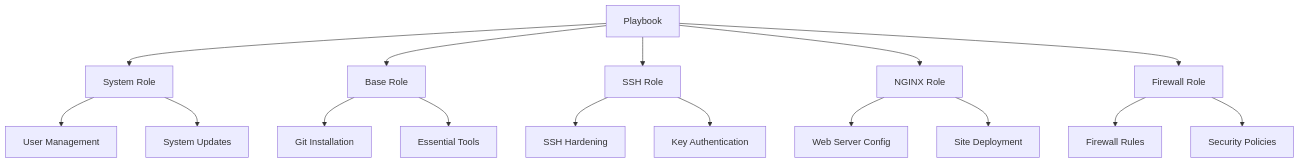
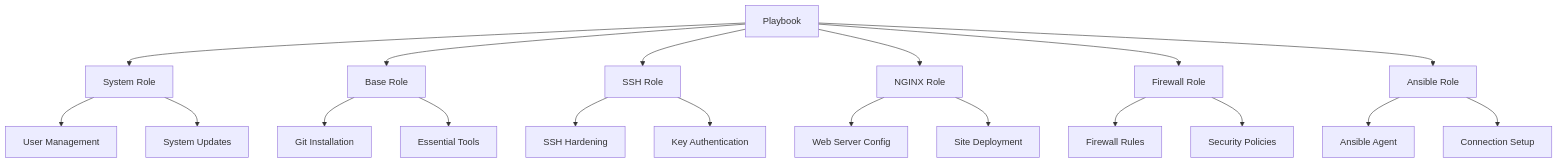
One commit to 4gh0rn/dev-blog changed the fourth of 8 diagrams in docs/projects/vserver-setup.md. Above: the diagram before and after it, drawn with Mermaid. The commit also changed other lines of this file and 17 other files, not shown here.

````diff
--- a/docs/projects/vserver-setup.md
+++ b/docs/projects/vserver-setup.md
@@ -117,23 +193,27 @@
 ```mermaid
 graph TB
     A[Playbook] --> B[System Role]
     A --> C[Base Role]
     A --> D[SSH Role]
     A --> E[NGINX Role]
     A --> F[Firewall Role]
+    A --> G[Ansible Role]
     
     B --> B1[User Management]
     B --> B2[System Updates]
     
     C --> C1[Git Installation]
     C --> C2[Essential Tools]
     
     D --> D1[SSH Hardening]
     D --> D2[Key Authentication]
     
     E --> E1[Web Server Config]
     E --> E2[Site Deployment]
     
     F --> F1[Firewall Rules]
     F --> F2[Security Policies]
+    
+    G --> G1[Ansible Agent]
+    G --> G2[Connection Setup]
 ```
````
